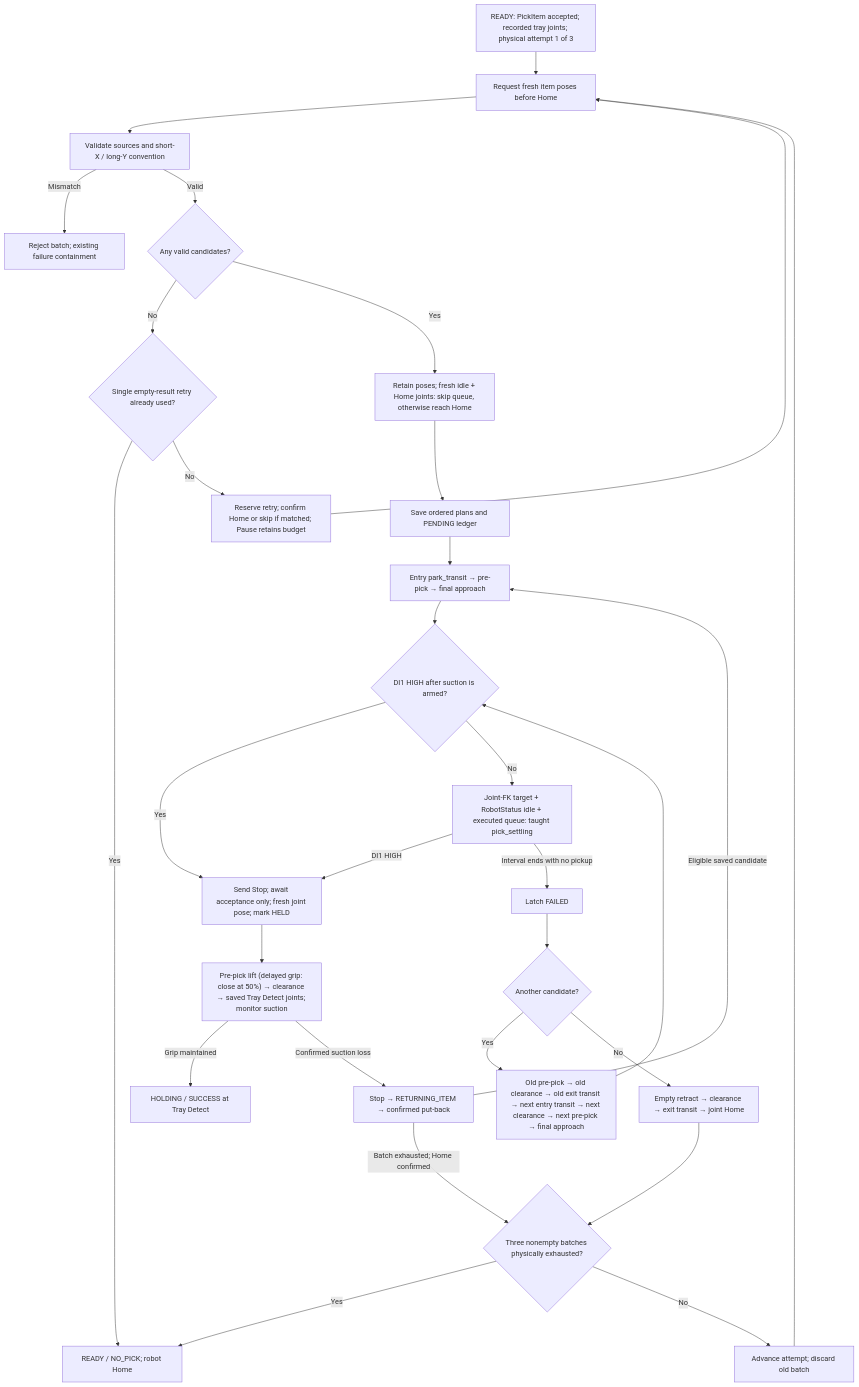
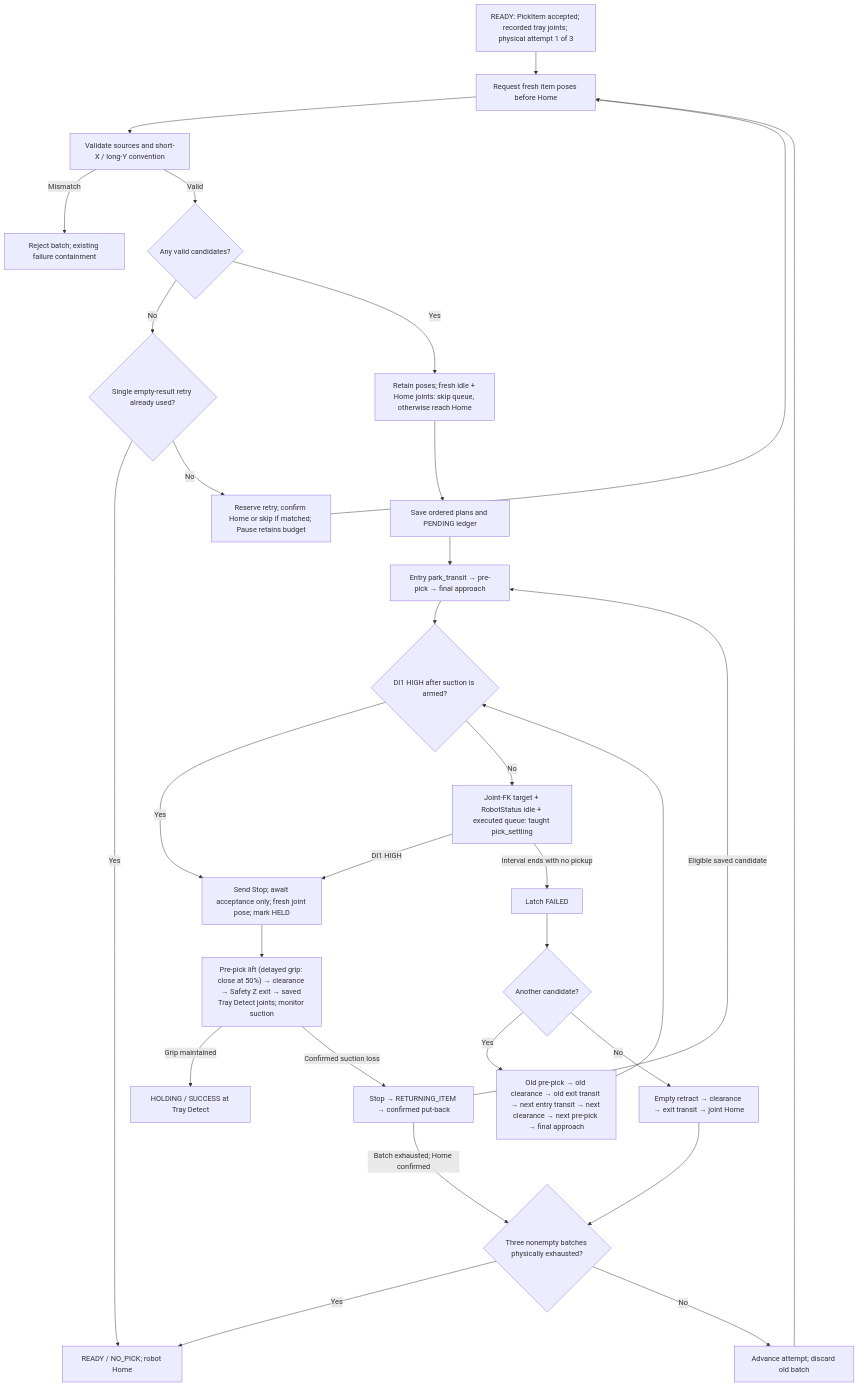
Before and after one commit to esgange/dobot_picknplace_yolo: the third of 9 diagrams in docs/ROBOT_CONTROLLER_FSM.md, drawn with Mermaid. The commit also changed other lines of this file and 11 other files, not shown here.

Commit message:
Restore Safety Z exit before successful Pick travels to tray

````diff
--- a/docs/ROBOT_CONTROLLER_FSM.md
+++ b/docs/ROBOT_CONTROLLER_FSM.md
@@ -471,33 +482,33 @@
 ```mermaid
 flowchart TD
     Request["READY: PickItem accepted; recorded tray joints; physical attempt 1 of 3"] --> Detect["Request fresh item poses before Home"]
     Detect --> Validate["Validate sources and short-X / long-Y convention"]
     Validate -->|Mismatch| Reject["Reject batch; existing failure containment"]
     Validate -->|Valid| Any{"Any valid candidates?"}
     Any -->|No| EmptyBudget{"Single empty-result retry already used?"}
     EmptyBudget -->|Yes| Empty["READY / NO_PICK; robot Home"]
     EmptyBudget -->|No| RetryHome["Reserve retry; confirm Home or skip if matched; Pause retains budget"]
     RetryHome --> Detect
     Limit{"Three nonempty batches physically exhausted?"}
     Limit -->|Yes| Empty
     Limit -->|No| Next["Advance attempt; discard old batch"]
     Next --> Detect
     Any -->|Yes| Home["Retain poses; fresh idle + Home joints: skip queue, otherwise reach Home"]
     Home --> Plan["Save ordered plans and PENDING ledger"]
     Plan --> Entry["Entry park_transit → pre-pick → final approach"]
     Entry --> Sense{"DI1 HIGH after suction is armed?"}
     Sense -->|Yes| Acquire["Send Stop; await acceptance only; fresh joint pose; mark HELD"]
     Sense -->|No| Settle["Joint-FK target + RobotStatus idle + executed queue: taught pick_settling"]
     Settle -->|DI1 HIGH| Acquire
     Settle -->|Interval ends with no pickup| Miss["Latch FAILED"]
-    Acquire --> HeldReturn["Pre-pick lift (delayed grip: close at 50%) → clearance → saved Tray Detect joints; monitor suction"]
+    Acquire --> HeldReturn["Pre-pick lift (delayed grip: close at 50%) → clearance → Safety Z exit → saved Tray Detect joints; monitor suction"]
     HeldReturn -->|Grip maintained| Success["HOLDING / SUCCESS at Tray Detect"]
     HeldReturn -->|Confirmed suction loss| PutBack["Stop → RETURNING_ITEM → confirmed put-back"]
     PutBack -->|Eligible saved candidate| Entry
     PutBack -->|Batch exhausted; Home confirmed| Limit
     Miss --> More{"Another candidate?"}
     More -->|Yes| Retry["Old pre-pick → old clearance → old exit transit → next entry transit → next clearance → next pre-pick → final approach"]
     Retry --> Sense
     More -->|No| Exhausted["Empty retract → clearance → exit transit → joint Home"]
     Exhausted --> Limit
 ```
````
